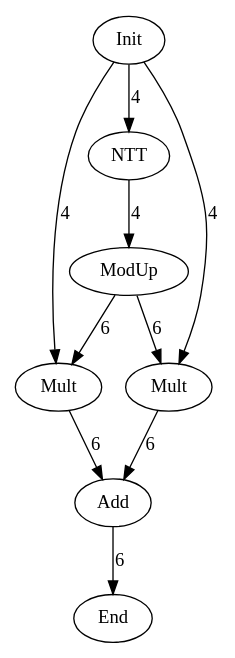
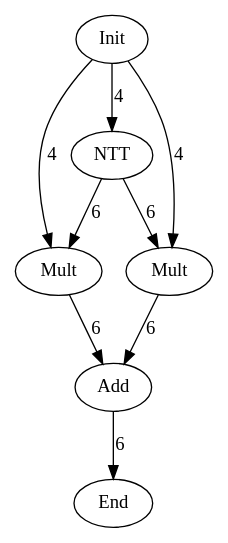
The diagram in data/graph_poly.dot (hal-lab-u-tokyo/PolyFHE), drawn with Graphviz before and after one commit. The commit also changed 3 other files, not shown here.

```diff
--- a/data/graph_poly.dot
+++ b/data/graph_poly.dot
@@ -1,18 +1,16 @@
 digraph G {
 Init[label="Init"];
 End[label="End"];
 NTT[label="NTT"];
-ModUp[label="ModUp"];
 Mult0[label="Mult"];
 Mult1[label="Mult"];
 Add[label="Add"];
 Init -> NTT[label="4"];
 Init -> Mult0[label="4"];
 Init -> Mult1[label="4"];
-NTT -> ModUp[label="4"];
-ModUp -> Mult0[label="6"];
-ModUp -> Mult1[label="6"];
+NTT -> Mult0[label="6"];
+NTT -> Mult1[label="6"];
 Mult0 -> Add[label="6"];
 Mult1 -> Add[label="6"];
 Add -> End[label="6"];
 }
```
